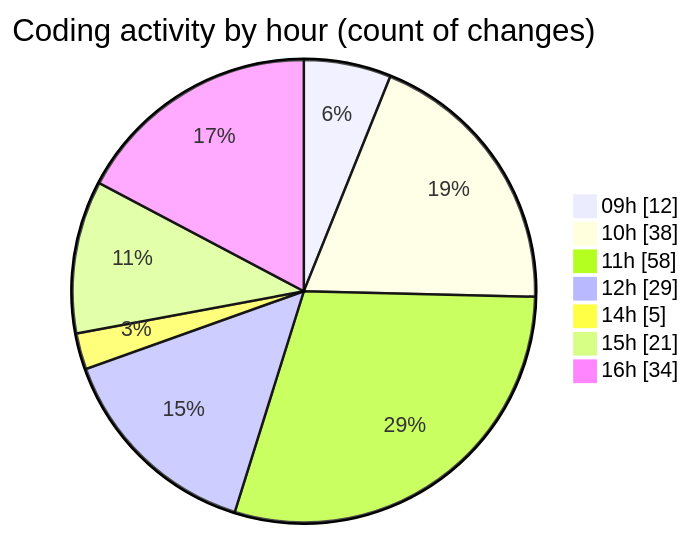
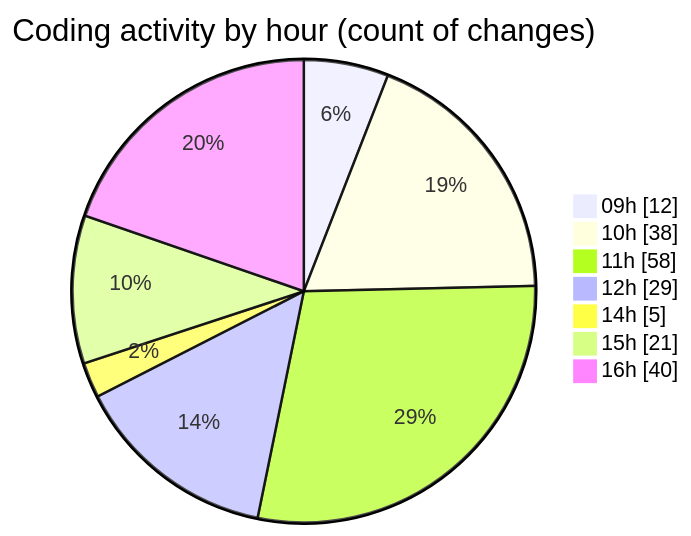
The second of 2 diagrams in 2025-10-03/cda/README.md (momahboobian/code-tracking), drawn with Mermaid before and after one commit. The commit also changed other lines of this file and 1 other file, not shown here.

````diff
--- a/2025-10-03/cda/README.md
+++ b/2025-10-03/cda/README.md
@@ -42,11 +42,11 @@
 ```mermaid
 pie showData
 title Coding activity by hour (count of changes)
 "09h" : 12
 "10h" : 38
 "11h" : 58
 "12h" : 29
 "14h" : 5
 "15h" : 21
-"16h" : 34
+"16h" : 40
 ```
````
